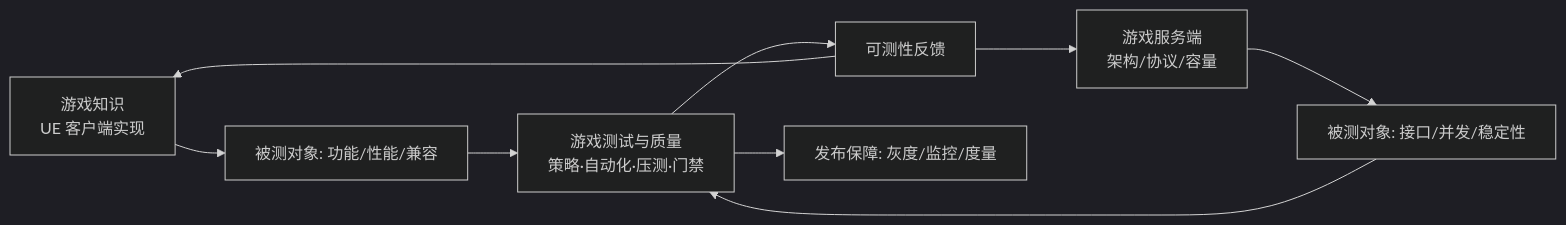
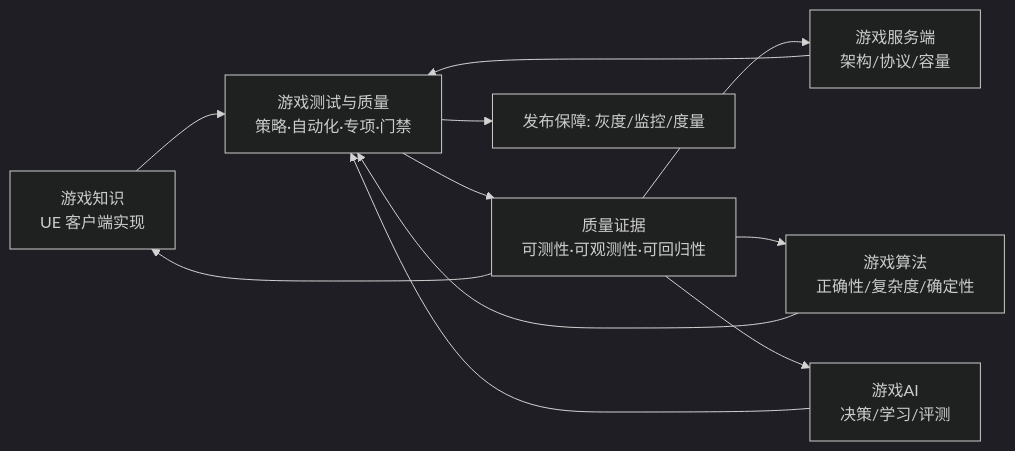
The first of 2 diagrams in 游戏测试与质量/README.md (fantuan812/learning), drawn with Mermaid (dark theme) before and after one commit. The commit also changed other lines of this file and 27 other files, not shown here.

````diff
--- a/游戏测试与质量/README.md
+++ b/游戏测试与质量/README.md
@@ -23,11 +27,13 @@
 ```mermaid
 flowchart LR
-    A[游戏知识<br/>UE 客户端实现] --> B[被测对象: 功能/性能/兼容]
-    C[游戏服务端<br/>架构/协议/容量] --> D[被测对象: 接口/并发/稳定性]
-    B --> E[游戏测试与质量<br/>策略·自动化·压测·门禁]
-    D --> E
-    E --> F[可测性反馈]
+    A[游戏知识<br/>UE 客户端实现] --> E[游戏测试与质量<br/>策略·自动化·专项·门禁]
+    B[游戏服务端<br/>架构/协议/容量] --> E
+    C[游戏算法<br/>正确性/复杂度/确定性] --> E
+    D[游戏AI<br/>决策/学习/评测] --> E
+    E --> F[质量证据<br/>可测性·可观测性·可回归性]
     F --> A
+    F --> B
     F --> C
+    F --> D
     E --> G[发布保障: 灰度/监控/度量]
 ```
````
